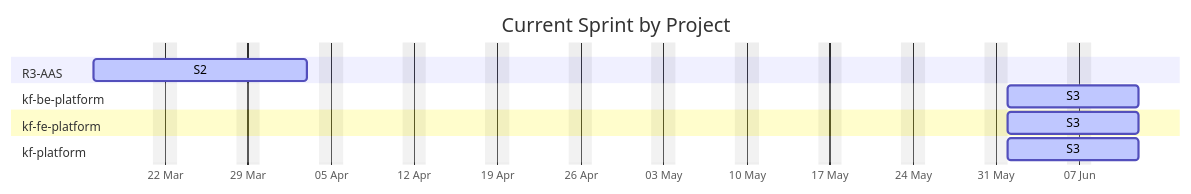
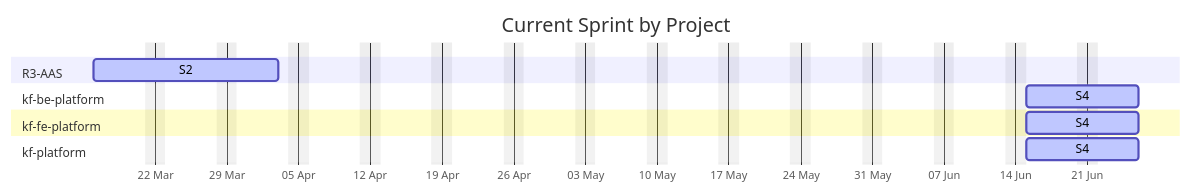
Before and after one commit to Katty-Fashion/kf-cpto: the second of 2 diagrams in docs/unified-kanban.md, drawn with Mermaid. The commit also changed other lines of this file and 11 other files, not shown here.

````diff
--- a/docs/unified-kanban.md
+++ b/docs/unified-kanban.md
@@ -142,16 +142,16 @@
 ```mermaid
 gantt
     title Current Sprint by Project
     dateFormat YYYY-MM-DD
     axisFormat %d %b
     excludes weekends
 
     section R3-AAS
     S2 :active, 2026-03-16, 2026-04-03
     section kf-be-platform
-    S3 :active, 2026-06-01, 2026-06-12
+    S4 :active, 2026-06-15, 2026-06-26
     section kf-fe-platform
-    S3 :active, 2026-06-01, 2026-06-12
+    S4 :active, 2026-06-15, 2026-06-26
     section kf-platform
-    S3 :active, 2026-06-01, 2026-06-12
+    S4 :active, 2026-06-15, 2026-06-26
 ```
````
